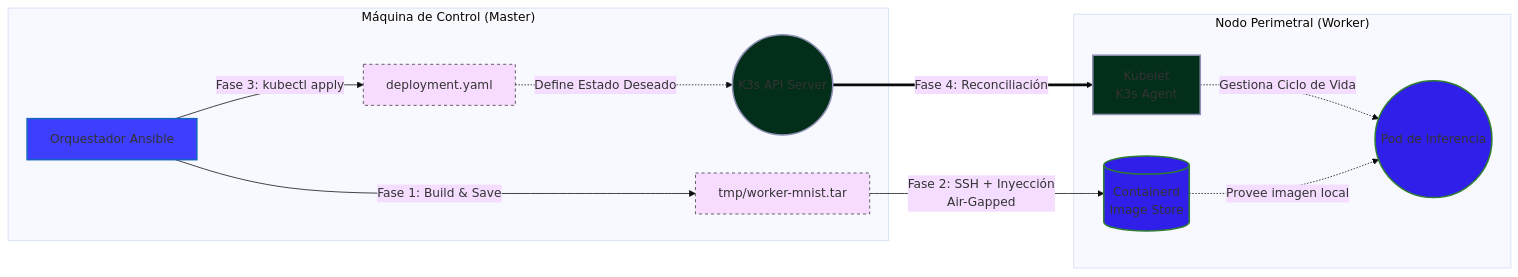
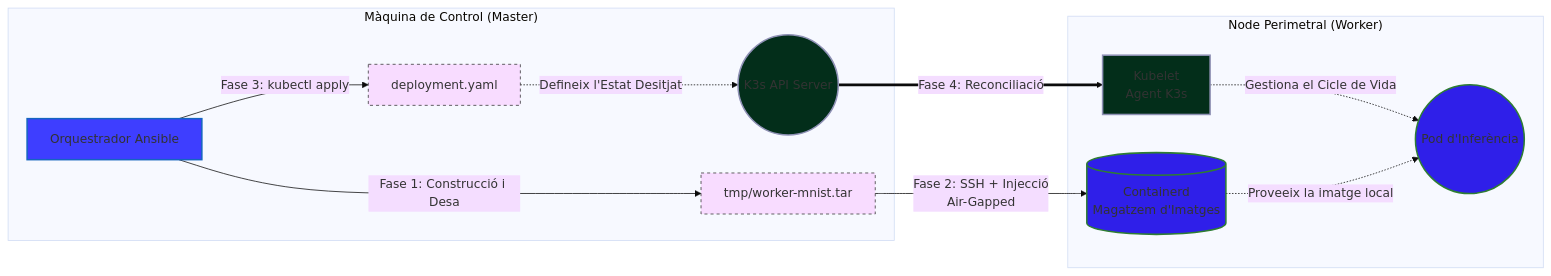
The diagram in kubernetes/1-infrastructure/infrastructure-flow.md (xji650/tfg-systemd-kubernetes), drawn with Mermaid (base theme) before and after one commit. The commit also changed 6 other files, not shown here.

Commit message:
refactor: update terminology and improve clarity in flowcharts and graphs for Systemd and Kubernetes

````diff
--- a/kubernetes/1-infrastructure/infrastructure-flow.md
+++ b/kubernetes/1-infrastructure/infrastructure-flow.md
@@ -1,36 +1,36 @@
 ``` mermaid
 graph LR
     %% Clases de estilo para darle un toque profesional
     classDef master fill:#22fd,stroke:#1565c0,stroke-width:2px;
     classDef worker fill:#2f1fe9,stroke:#2e7d32,stroke-width:2px;
     classDef files fill:#f2f2,stroke:#333,stroke-width:1px,stroke-dasharray: 4 4;
     classDef k8s fill:#032e1a,stroke:#8f91b5,stroke-width:2px;
 
-    subgraph Control_Node ["Máquina de Control (Master)"]
-        Orchestrator[Orquestador Ansible]:::master
+    subgraph Control_Node ["Màquina de Control (Master)"]
+        Orchestrator[Orquestrador Ansible]:::master
         ImageArtifact[tmp/worker-mnist.tar]:::files
         Manifest[deployment.yaml]:::files
         KubeAPI((K3s API Server)):::k8s
     end
 
-    subgraph Edge_Node ["Nodo Perimetral (Worker)"]
-        Containerd[(Containerd<br>Image Store)]:::worker
-        Kubelet[Kubelet<br>K3s Agent]:::k8s
-        Pod((Pod de Inferencia)):::worker
+    subgraph Edge_Node ["Node Perimetral (Worker)"]
+        Containerd[(Containerd<br>Magatzem d'Imatges)]:::worker
+        Kubelet[Kubelet<br>Agent K3s]:::k8s
+        Pod((Pod d'Inferència)):::worker
     end
 
     %% Fases consolidadas
-    Orchestrator -->|Fase 1: Build & Save| ImageArtifact
+    Orchestrator -->|Fase 1: Construcció i Desa| ImageArtifact
     
     %% Inyección física
-    ImageArtifact -->|Fase 2: SSH + Inyección <br> Air-Gapped| Containerd
+    ImageArtifact -->|Fase 2: SSH + Injecció <br> Air-Gapped| Containerd
     
     %% Gestión lógica
     Orchestrator -->|Fase 3: kubectl apply| Manifest
-    Manifest -.->|Define Estado Deseado| KubeAPI
+    Manifest -.->|Defineix l'Estat Desitjat| KubeAPI
     
     %% Orquestación
-    KubeAPI ==>|Fase 4: Reconciliación| Kubelet
-    Kubelet -.->|Gestiona Ciclo de Vida| Pod
-    Containerd -.->|Provee imagen local| Pod
+    KubeAPI ==>|Fase 4: Reconciliació| Kubelet
+    Kubelet -.->|Gestiona el Cicle de Vida| Pod
+    Containerd -.->|Proveeix la imatge local| Pod
 ```
````
